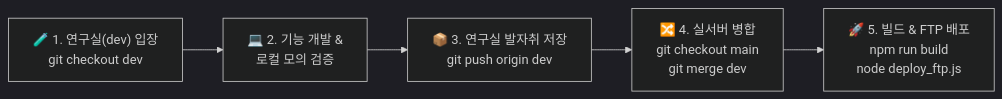
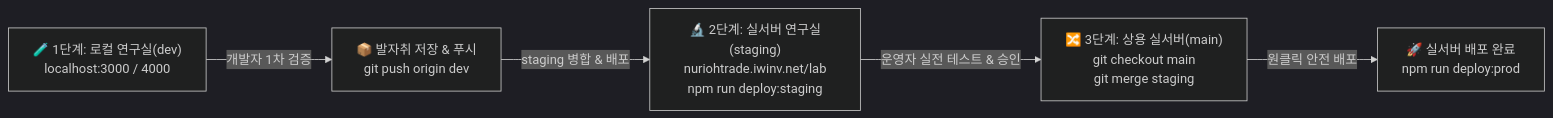
Before and after one commit to seunghoKR/upbit-autotrade: the diagram in LAB_WORKFLOW.md, drawn with Mermaid (dark theme). The commit also changed other lines of this file and 4 other files, not shown here.

Commit message:
feat(pipeline): establish 3-tier pipeline (staging script, build:staging, LAB_WORKFLOW)

````diff
--- a/LAB_WORKFLOW.md
+++ b/LAB_WORKFLOW.md
@@ -22,7 +22,7 @@
 ```mermaid
 graph LR
-    A["🧪 1. 연구실(dev) 입장<br/>git checkout dev"] --> B["💻 2. 기능 개발 &<br/>로컬 모의 검증"]
-    B --> C["📦 3. 연구실 발자취 저장<br/>git push origin dev"]
-    C --> D["🔀 4. 실서버 병합<br/>git checkout main<br/>git merge dev"]
-    D --> E["🚀 5. 빌드 & FTP 배포<br/>npm run build<br/>node deploy_ftp.js"]
+    A["🧪 1단계: 로컬 연구실(dev)<br/>localhost:3000 / 4000"] -->|"개발자 1차 검증"| B["📦 발자취 저장 & 푸시<br/>git push origin dev"]
+    B -->|"staging 병합 & 배포"| C["🔬 2단계: 실서버 연구실(staging)<br/>nuriohtrade.iwinv.net/lab<br/>npm run deploy:staging"]
+    C -->|"운영자 실전 테스트 & 승인"| D["🔀 3단계: 상용 실서버(main)<br/>git checkout main<br/>git merge staging"]
+    D -->|"원클릭 안전 배포"| E["🚀 실서버 배포 완료<br/>npm run deploy:prod"]
 ```
````
